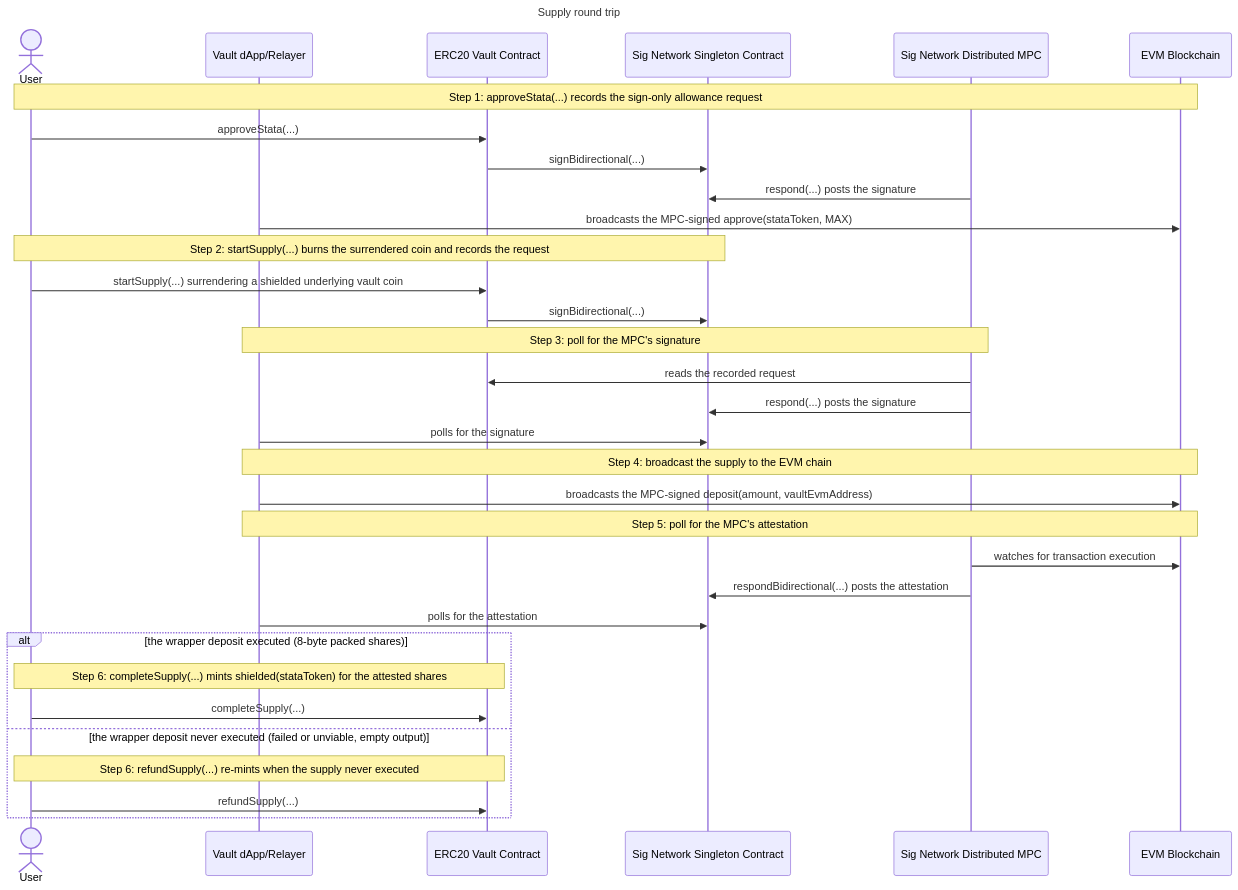
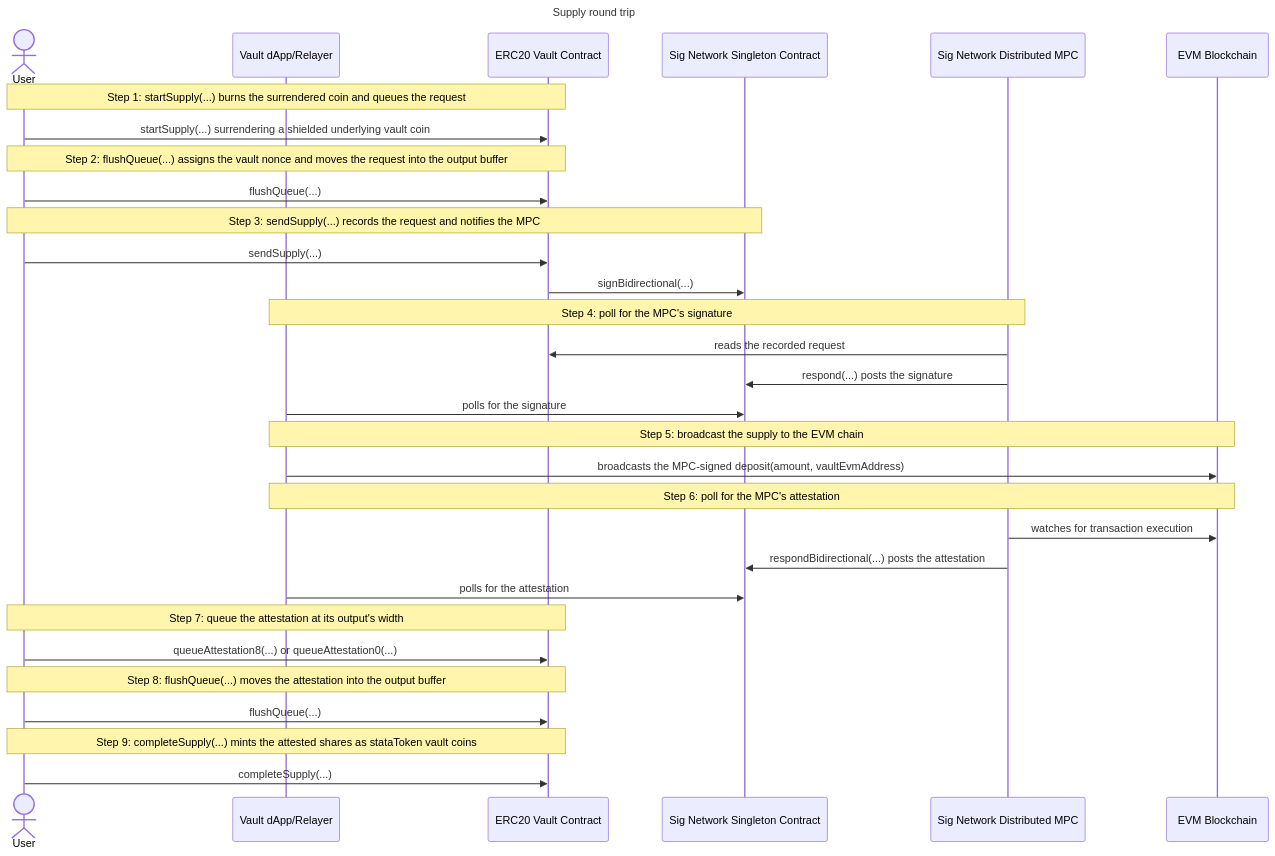
One commit to scafuro/midnight-examples changed the diagram in examples/erc20-vault/docs/supply/supply.md. Above: the diagram before and after it, drawn with Mermaid. The commit also changed other lines of this file and 21 other files, not shown here.

First line of the commit message:
docs(erc20-vault): describe the flush pattern everywhere, and list the diagrams to redraw

````diff
--- a/examples/erc20-vault/docs/supply/supply.md
+++ b/examples/erc20-vault/docs/supply/supply.md
@@ -272,36 +179,34 @@
 ```mermaid
 sequenceDiagram
     title Supply round trip
     actor User
     participant DApp as Vault dApp/Relayer
     participant Vault as ERC20 Vault Contract
     participant Singleton as Sig Network Singleton Contract
     participant MPC as Sig Network Distributed MPC
     participant EVM as EVM Blockchain
 
-    Note over User,EVM: Step 1: approveStata(...) records the sign-only allowance request
-    User->>Vault: approveStata(...)
+    Note over User,Vault: Step 1: startSupply(...) burns the surrendered coin and queues the request
+    User->>Vault: startSupply(...) surrendering a shielded underlying vault coin
+    Note over User,Vault: Step 2: flushQueue(...) assigns the vault nonce and moves the request into the output buffer
+    User->>Vault: flushQueue(...)
+    Note over User,Singleton: Step 3: sendSupply(...) records the request and notifies the MPC
+    User->>Vault: sendSupply(...)
     Vault->>Singleton: signBidirectional(...)
-    MPC->>Singleton: respond(...) posts the signature
-    DApp->>EVM: broadcasts the MPC-signed approve(stataToken, MAX)
-    Note over User,Singleton: Step 2: startSupply(...) burns the surrendered coin and records the request
-    User->>Vault: startSupply(...) surrendering a shielded underlying vault coin
-    Vault->>Singleton: signBidirectional(...)
-    Note over DApp,MPC: Step 3: poll for the MPC's signature
+    Note over DApp,MPC: Step 4: poll for the MPC's signature
     MPC->>Vault: reads the recorded request
     MPC->>Singleton: respond(...) posts the signature
     DApp->>Singleton: polls for the signature
-    Note over DApp,EVM: Step 4: broadcast the supply to the EVM chain
+    Note over DApp,EVM: Step 5: broadcast the supply to the EVM chain
     DApp->>EVM: broadcasts the MPC-signed deposit(amount, vaultEvmAddress)
-    Note over DApp,EVM: Step 5: poll for the MPC's attestation
+    Note over DApp,EVM: Step 6: poll for the MPC's attestation
     MPC->>EVM: watches for transaction execution
     MPC->>Singleton: respondBidirectional(...) posts the attestation
     DApp->>Singleton: polls for the attestation
-    alt the wrapper deposit executed (8-byte packed shares)
-        Note over User,Vault: Step 6: completeSupply(...) mints shielded(stataToken) for the attested shares
-        User->>Vault: completeSupply(...)
-    else the wrapper deposit never executed (failed or unviable, empty output)
-        Note over User,Vault: Step 6: refundSupply(...) re-mints when the supply never executed
-        User->>Vault: refundSupply(...)
-    end
+    Note over User,Vault: Step 7: queue the attestation at its output's width
+    User->>Vault: queueAttestation8(...) or queueAttestation0(...)
+    Note over User,Vault: Step 8: flushQueue(...) moves the attestation into the output buffer
+    User->>Vault: flushQueue(...)
+    Note over User,Vault: Step 9: completeSupply(...) mints the attested shares as stataToken vault coins
+    User->>Vault: completeSupply(...)
 ```
````
